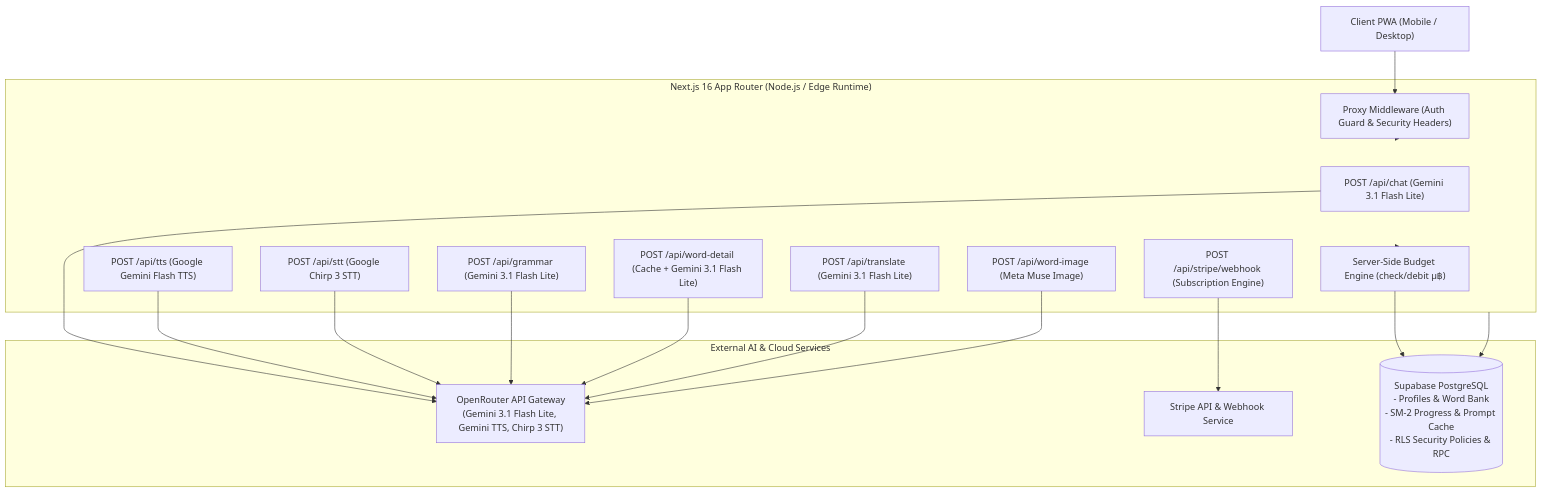
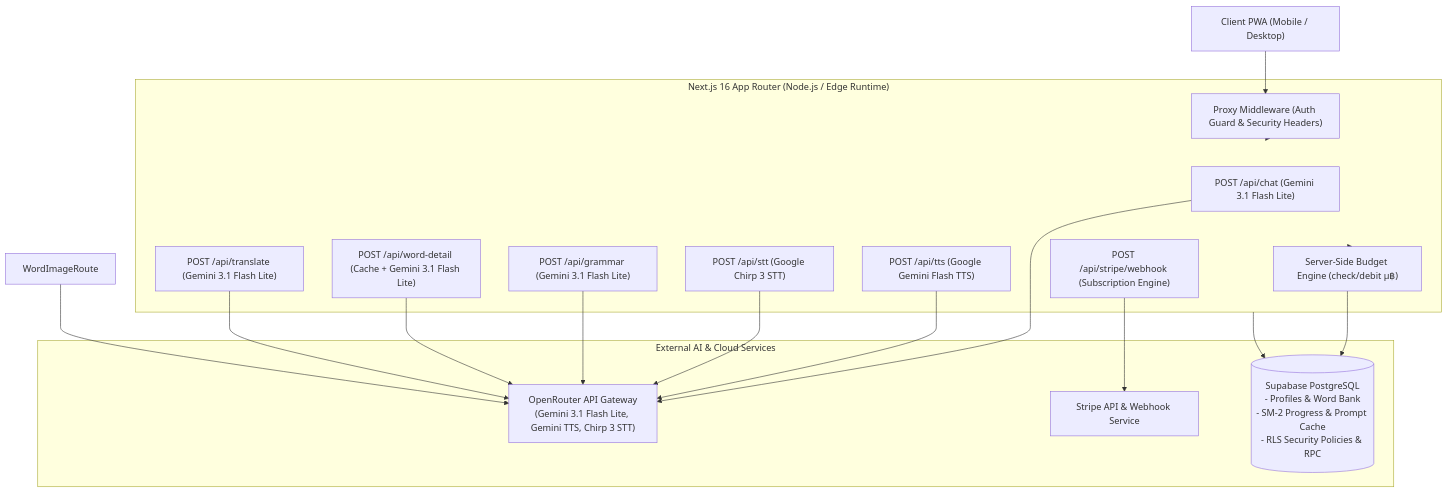
The diagram in evelyai/README.md (PATHAPHON/Evely-ai-project), drawn with Mermaid before and after one commit. The commit also changed other lines of this file and 8 other files, not shown here.

Commit message:
refactor(refresh): remove word illustration image generation from mini-games

````diff
--- a/evelyai/README.md
+++ b/evelyai/README.md
@@ -51,37 +51,36 @@
 ```mermaid
 flowchart TD
     Client["Client PWA (Mobile / Desktop)"]
     
     subgraph NextServer ["Next.js 16 App Router (Node.js / Edge Runtime)"]
         Middleware["Proxy Middleware (Auth Guard & Security Headers)"]
         ChatRoute["POST /api/chat (Gemini 3.1 Flash Lite)"]
         GrammarRoute["POST /api/grammar (Gemini 3.1 Flash Lite)"]
         WordRoute["POST /api/word-detail (Cache + Gemini 3.1 Flash Lite)"]
         TransRoute["POST /api/translate (Gemini 3.1 Flash Lite)"]
         TTSRoute["POST /api/tts (Google Gemini Flash TTS)"]
         STTRoute["POST /api/stt (Google Chirp 3 STT)"]
-        WordImageRoute["POST /api/word-image (Meta Muse Image)"]
         StripeRoute["POST /api/stripe/webhook (Subscription Engine)"]
         BudgetEngine["Server-Side Budget Engine (check/debit µ฿)"]
     end
     
     subgraph ExternalServices ["External AI & Cloud Services"]
         OpenRouter["OpenRouter API Gateway\n(Gemini 3.1 Flash Lite, Gemini TTS, Chirp 3 STT)"]
         StripeAPI["Stripe API & Webhook Service"]
         SupabaseDB[("Supabase PostgreSQL\n- Profiles & Word Bank\n- SM-2 Progress & Prompt Cache\n- RLS Security Policies & RPC")]
     end
     
     Client --> Middleware
     Middleware --> NextServer
     NextServer --> BudgetEngine
     BudgetEngine --> SupabaseDB
     ChatRoute --> OpenRouter
     TTSRoute --> OpenRouter
     STTRoute --> OpenRouter
     GrammarRoute --> OpenRouter
     WordRoute --> OpenRouter
     TransRoute --> OpenRouter
     WordImageRoute --> OpenRouter
     StripeRoute --> StripeAPI
     NextServer --> SupabaseDB
 ```
````
